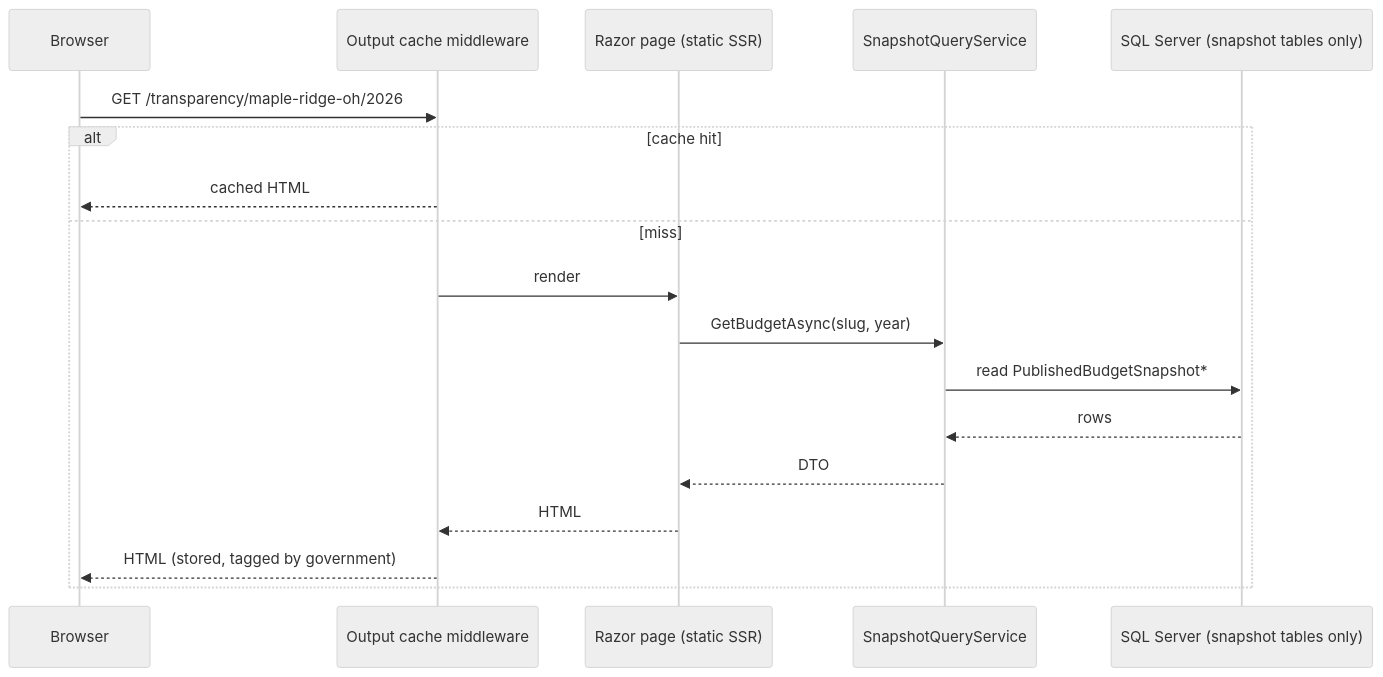
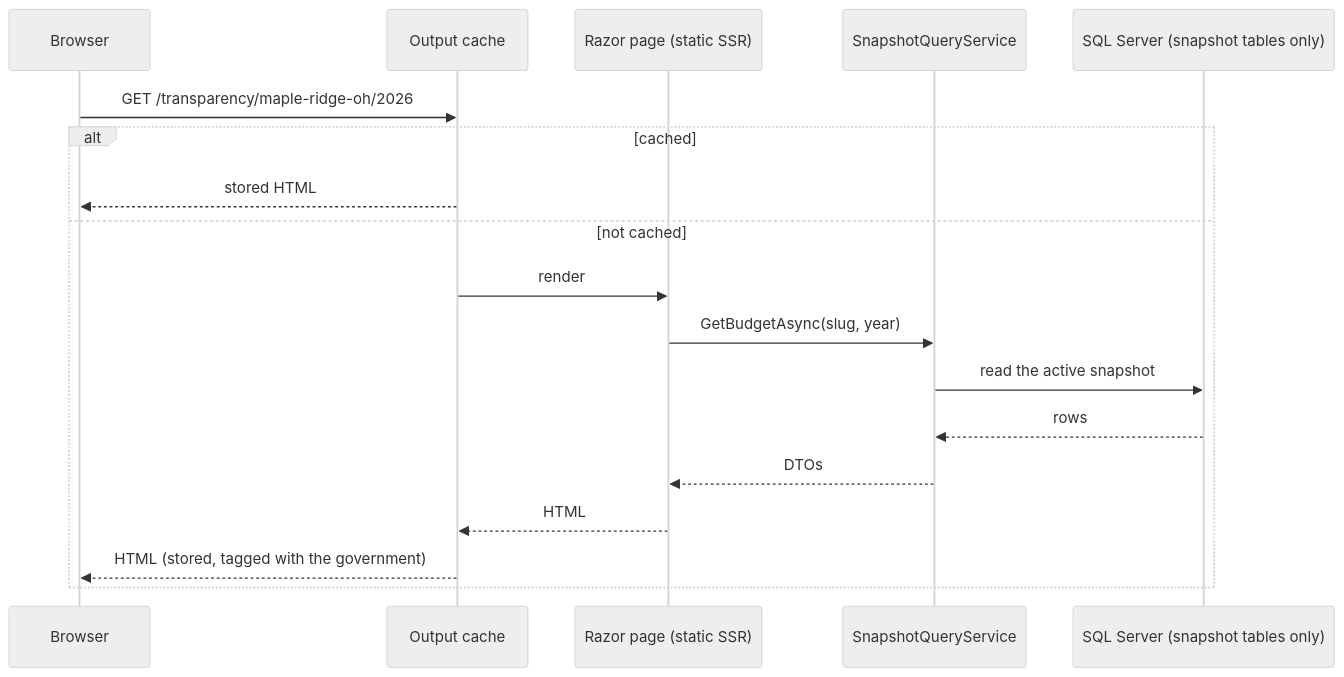
One commit to SpencerSmithSite/civic-budget changed the third of 6 diagrams in docs/ARCHITECTURE.md. Above: the diagram before and after it, drawn with Mermaid (neutral theme). The commit also changed other lines of this file and 34 other files, not shown here.

````diff
--- a/docs/ARCHITECTURE.md
+++ b/docs/ARCHITECTURE.md
@@ -90,20 +99,20 @@
 ```mermaid
 sequenceDiagram
   participant B as Browser
-  participant M as Output cache middleware
+  participant M as Output cache
   participant P as Razor page (static SSR)
   participant Q as SnapshotQueryService
   participant DB as SQL Server (snapshot tables only)
   B->>M: GET /transparency/maple-ridge-oh/2026
-  alt cache hit
-    M-->>B: cached HTML
-  else miss
+  alt cached
+    M-->>B: stored HTML
+  else not cached
     M->>P: render
     P->>Q: GetBudgetAsync(slug, year)
-    Q->>DB: read PublishedBudgetSnapshot*
+    Q->>DB: read the active snapshot
     DB-->>Q: rows
-    Q-->>P: DTO
+    Q-->>P: DTOs
     P-->>M: HTML
-    M-->>B: HTML (stored, tagged by government)
+    M-->>B: HTML (stored, tagged with the government)
   end
 ```
````
